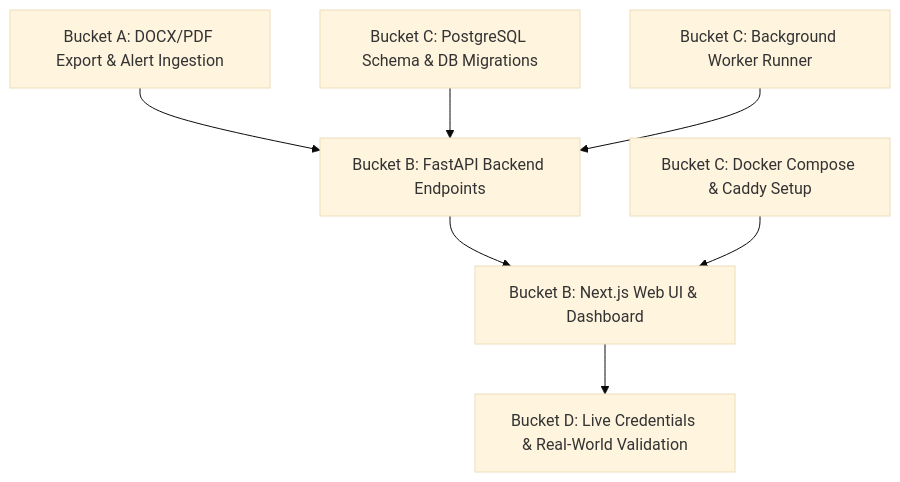
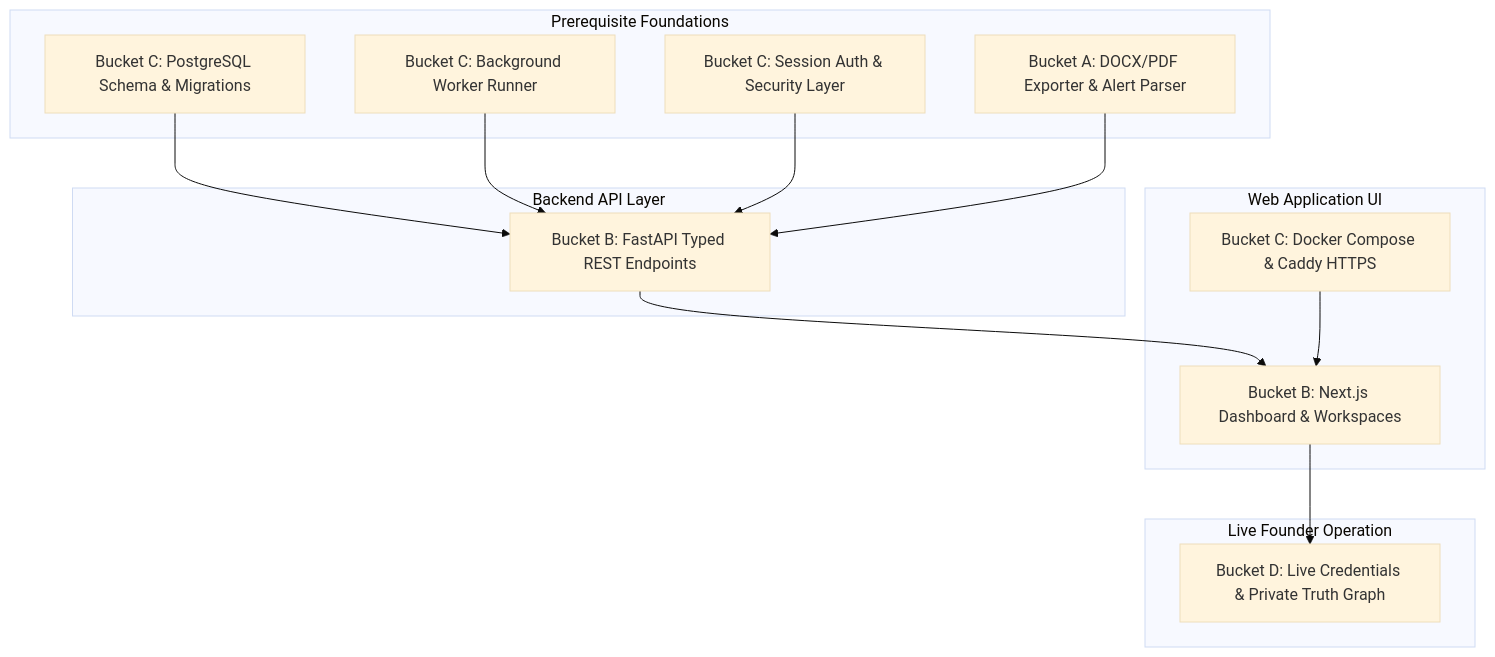
The diagram in reports/REPORT-FR-001.md (m7mdehab/opportunityos), drawn with Mermaid (base theme) before and after one commit. The commit also changed other lines of this file and 4 other files, not shown here.

````diff
--- a/reports/REPORT-FR-001.md
+++ b/reports/REPORT-FR-001.md
@@ -139,9 +160,30 @@
 ```mermaid
 graph TD
-    A1[Bucket A: DOCX/PDF Export & Alert Ingestion] --> B1[Bucket B: FastAPI Backend Endpoints]
-    C1[Bucket C: PostgreSQL Schema & DB Migrations] --> B1
-    C2[Bucket C: Background Worker Runner] --> B1
-    B1 --> B2[Bucket B: Next.js Web UI & Dashboard]
-    C3[Bucket C: Docker Compose & Caddy Setup] --> B2
-    B2 --> D1[Bucket D: Live Credentials & Real-World Validation]
+    subgraph Prerequisites [Prerequisite Foundations]
+        C1[Bucket C: PostgreSQL Schema & Migrations]
+        C2[Bucket C: Background Worker Runner]
+        C3[Bucket C: Session Auth & Security Layer]
+        A1[Bucket A: DOCX/PDF Exporter & Alert Parser]
+    end
+
+    subgraph API [Backend API Layer]
+        B1[Bucket B: FastAPI Typed REST Endpoints]
+    end
+
+    subgraph Web [Web Application UI]
+        B2[Bucket B: Next.js Dashboard & Workspaces]
+        C4[Bucket C: Docker Compose & Caddy HTTPS]
+    end
+
+    subgraph Live [Live Founder Operation]
+        D1[Bucket D: Live Credentials & Private Truth Graph]
+    end
+
+    C1 --> B1
+    C2 --> B1
+    C3 --> B1
+    A1 --> B1
+    B1 --> B2
+    C4 --> B2
+    B2 --> D1
 ```
````
